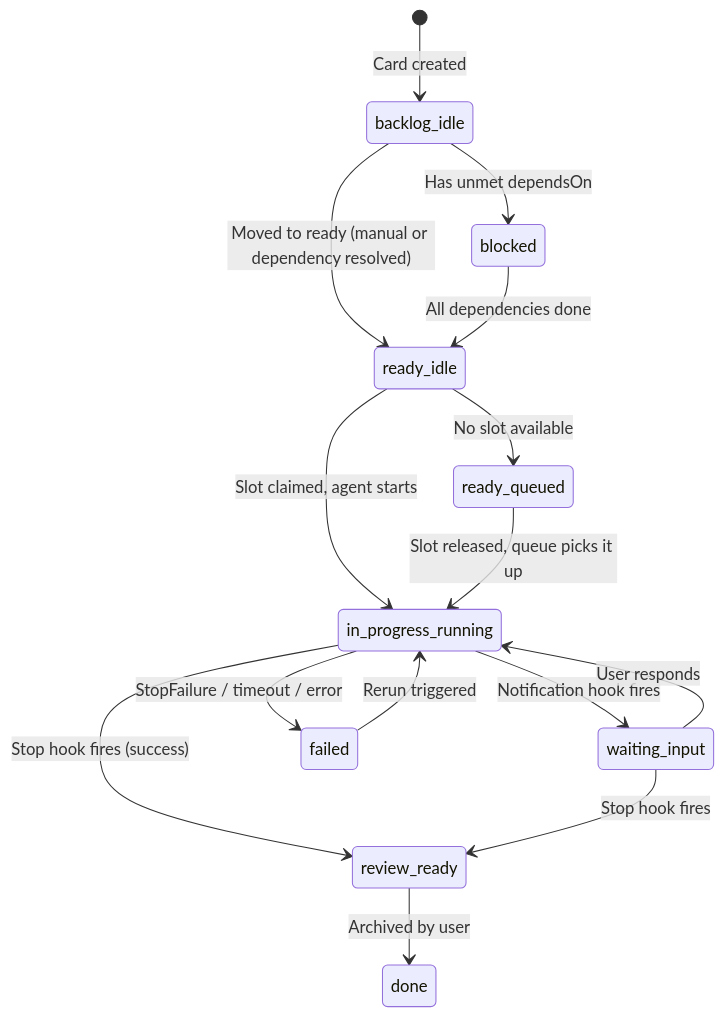
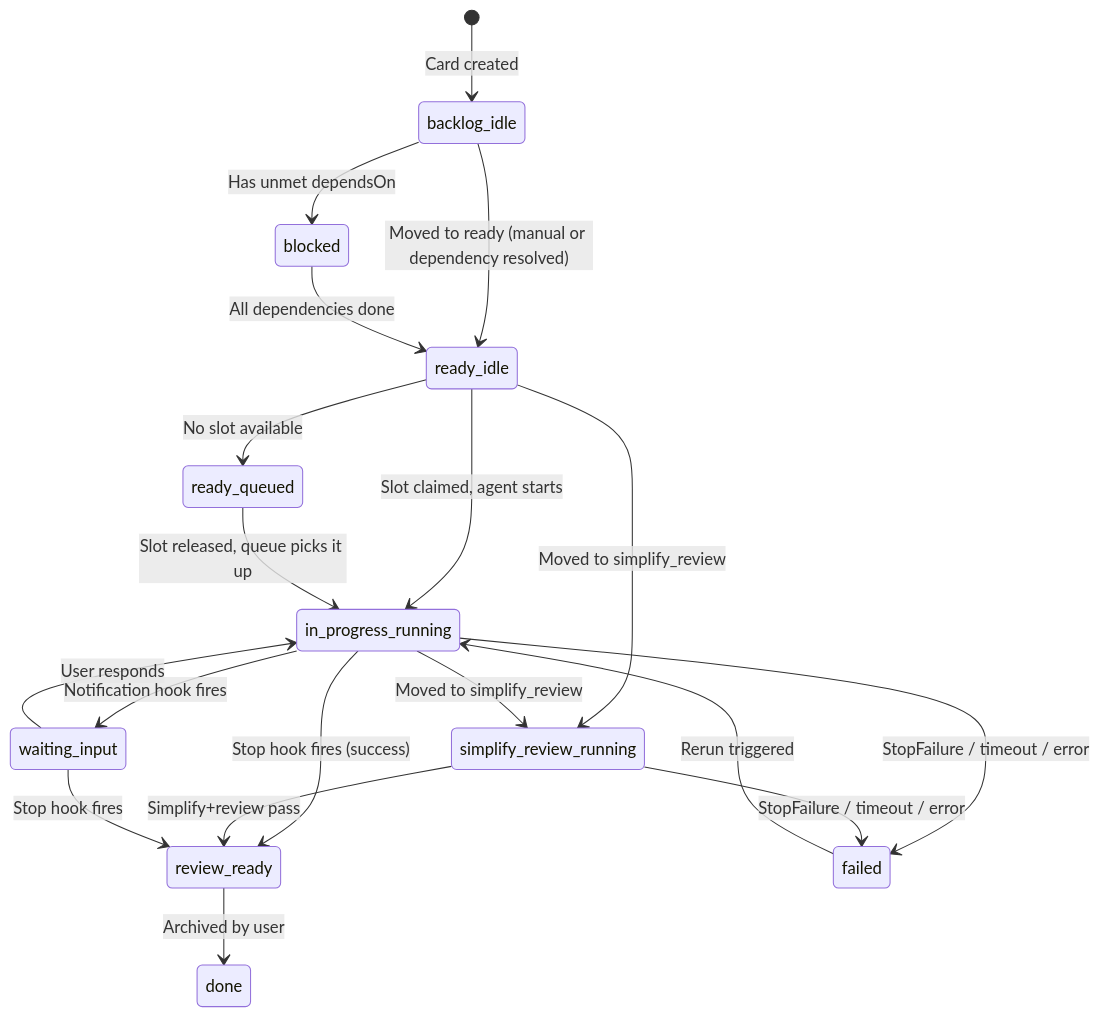
One commit to ChrisTowles/towles-tool changed the first of 3 diagrams in plugins/tt-agentboard/docs/system-flow.md. Above: the diagram before and after it, drawn with Mermaid. The commit also changed other lines of this file and 8 other files, not shown here.

First line of the commit message:
feat(agentboard): add simplify_review column for local simplify+review runs

````diff
--- a/plugins/tt-agentboard/docs/system-flow.md
+++ b/plugins/tt-agentboard/docs/system-flow.md
@@ -18,22 +18,27 @@
 ```mermaid
 stateDiagram-v2
     [*] --> backlog_idle: Card created
     backlog_idle --> ready_idle: Moved to ready (manual or dependency resolved)
     backlog_idle --> blocked: Has unmet dependsOn
     blocked --> ready_idle: All dependencies done
 
     ready_idle --> ready_queued: No slot available
     ready_idle --> in_progress_running: Slot claimed, agent starts
 
     ready_queued --> in_progress_running: Slot released, queue picks it up
 
     in_progress_running --> review_ready: Stop hook fires (success)
     in_progress_running --> waiting_input: Notification hook fires
     in_progress_running --> failed: StopFailure / timeout / error
 
+    ready_idle --> simplify_review_running: Moved to simplify_review
+    in_progress_running --> simplify_review_running: Moved to simplify_review
+    simplify_review_running --> review_ready: Simplify+review pass
+    simplify_review_running --> failed: StopFailure / timeout / error
+
     waiting_input --> in_progress_running: User responds
     waiting_input --> review_ready: Stop hook fires
 
     review_ready --> done: Archived by user
     failed --> in_progress_running: Rerun triggered
 ```
````
